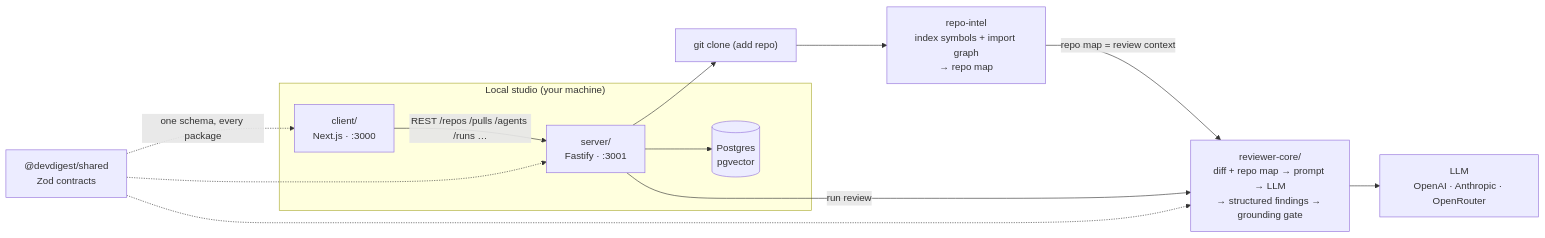
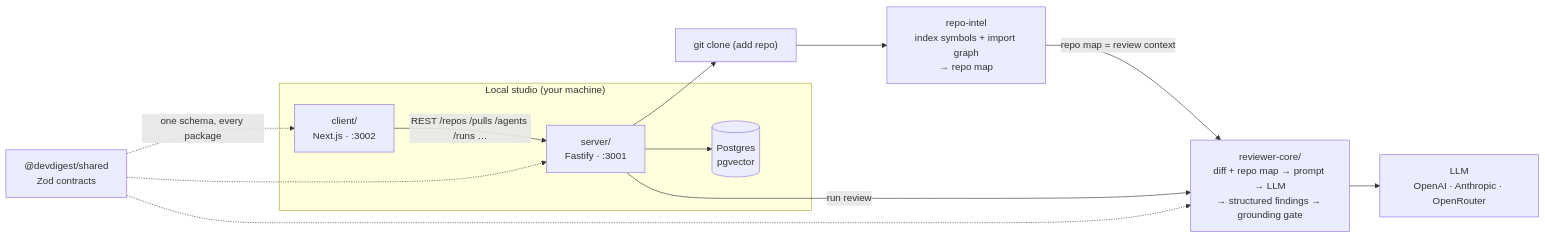
Before and after one commit to SerMedvid/dev-digest: the diagram in README.md, drawn with Mermaid. The commit also changed other lines of this file and 37 other files, not shown here.

````diff
--- a/README.md
+++ b/README.md
@@ -28,24 +28,24 @@
 ```mermaid
 flowchart LR
   subgraph Studio["Local studio (your machine)"]
-    WEB["client/<br/>Next.js · :3000"]
+    WEB["client/<br/>Next.js · :3002"]
     API["server/<br/>Fastify · :3001"]
     PG[("Postgres<br/>pgvector")]
     WEB -->|"REST /repos /pulls /agents /runs …"| API
     API --> PG
   end
 
   CLONE["git clone (add repo)"] --> INDEX["repo-intel<br/>index symbols + import graph<br/>→ repo map"]
   API --> CLONE
   INDEX -->|"repo map = review context"| ENGINE
 
   ENGINE["reviewer-core/<br/>diff + repo map → prompt → LLM<br/>→ structured findings → grounding gate"]
   LLM["LLM<br/>OpenAI · Anthropic · OpenRouter"]
   API -->|"run review"| ENGINE
   ENGINE --> LLM
 
   SHARED["@devdigest/shared<br/>Zod contracts"]
   SHARED -.->|"one schema, every package"| WEB
   SHARED -.-> API
   SHARED -.-> ENGINE
 ```
````
